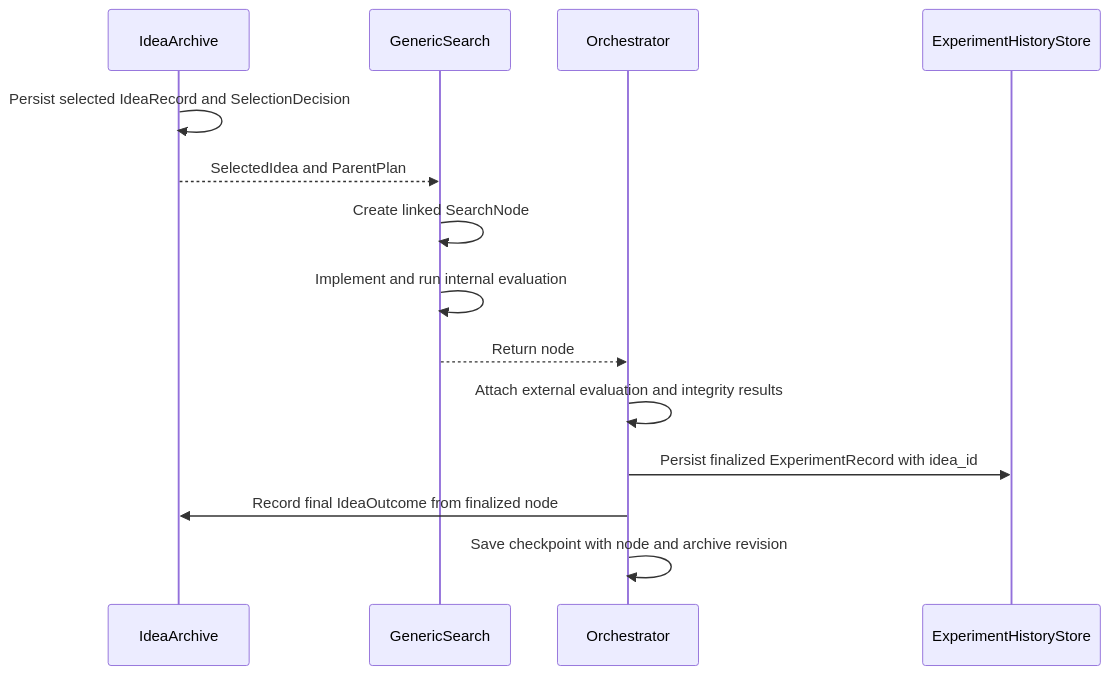
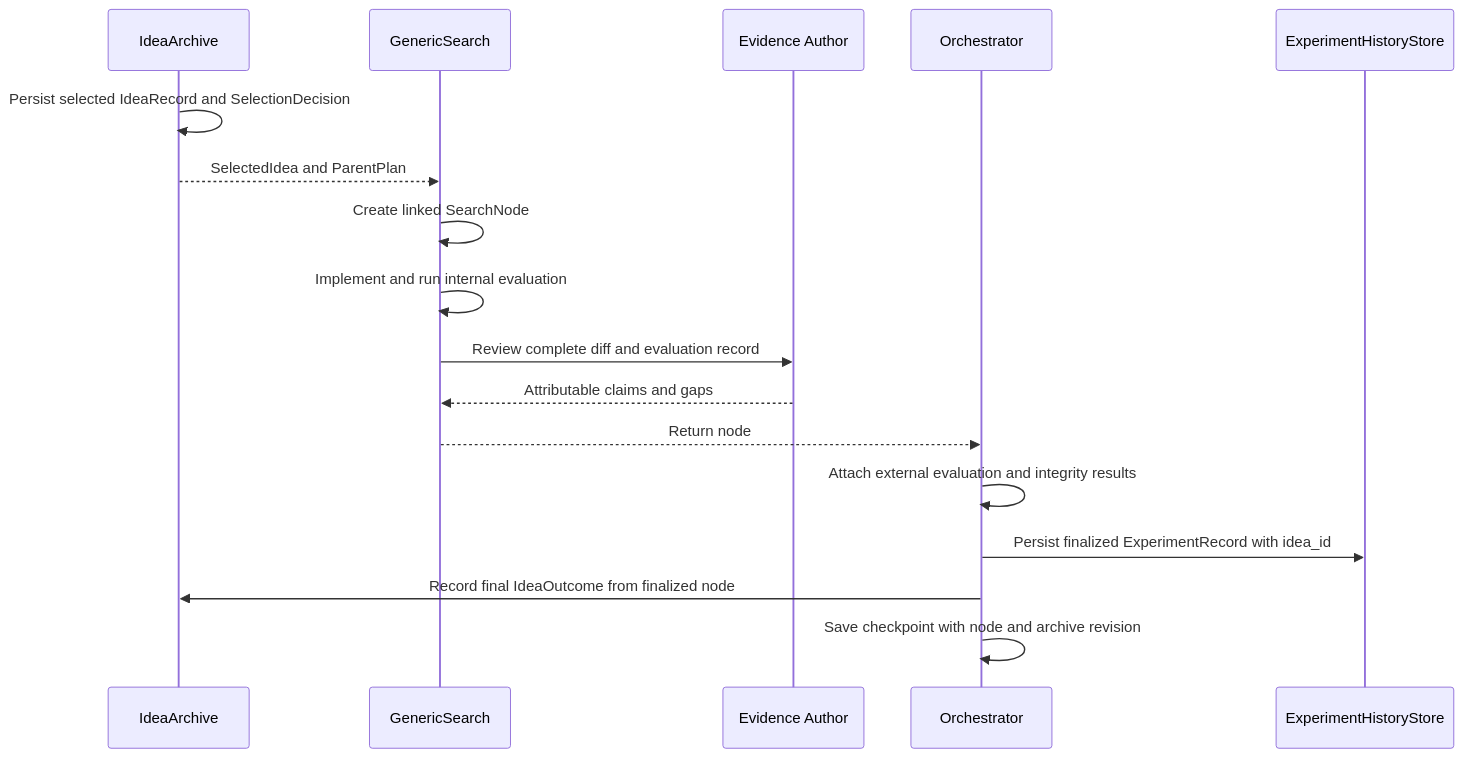
The second of 4 diagrams in docs/research/ideation-v3-design.md (Leeroo-AI/kapso), drawn with Mermaid before and after one commit. The commit also changed other lines of this file and 97 other files, not shown here.

First line of the commit message:
feat: complete evidence-directed ideation v3

````diff
--- a/docs/research/ideation-v3-design.md
+++ b/docs/research/ideation-v3-design.md
@@ -353,17 +314,20 @@
 ```mermaid
 sequenceDiagram
     participant I as IdeaArchive
     participant G as GenericSearch
+    participant W as Evidence Author
     participant O as Orchestrator
     participant E as ExperimentHistoryStore
 
     I->>I: Persist selected IdeaRecord and SelectionDecision
     I-->>G: SelectedIdea and ParentPlan
     G->>G: Create linked SearchNode
     G->>G: Implement and run internal evaluation
+    G->>W: Review complete diff and evaluation record
+    W-->>G: Attributable claims and gaps
     G-->>O: Return node
     O->>O: Attach external evaluation and integrity results
     O->>E: Persist finalized ExperimentRecord with idea_id
     O->>I: Record final IdeaOutcome from finalized node
     O->>O: Save checkpoint with node and archive revision
 ```
````
